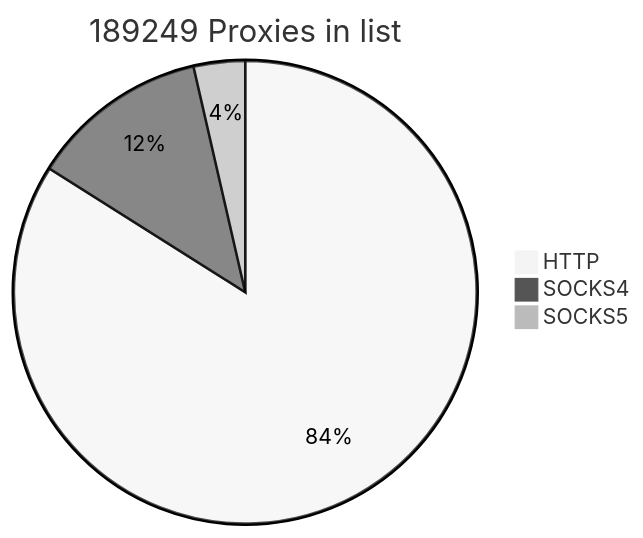
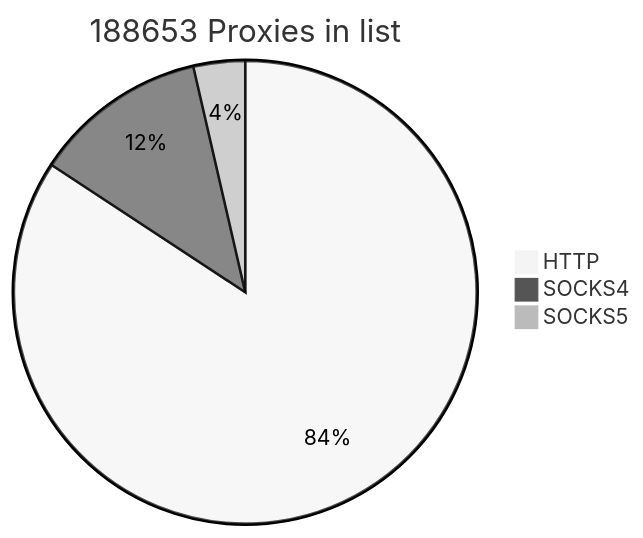
One commit to cutipu/proxylist changed the first of 2 diagrams in README.md. Above: the diagram before and after it, drawn with Mermaid (neutral theme). The commit also changed other lines of this file, not shown here.

````diff
--- a/README.md
+++ b/README.md
@@ -2,7 +2,7 @@
 ```mermaid
-pie title 189249 Proxies in list
-    "HTTP" : 158898
-    "SOCKS4" : 23557
+pie title 188653 Proxies in list
+    "HTTP" : 158953
+    "SOCKS4" : 22906
     "SOCKS5" : 6794
             
 ```
````
